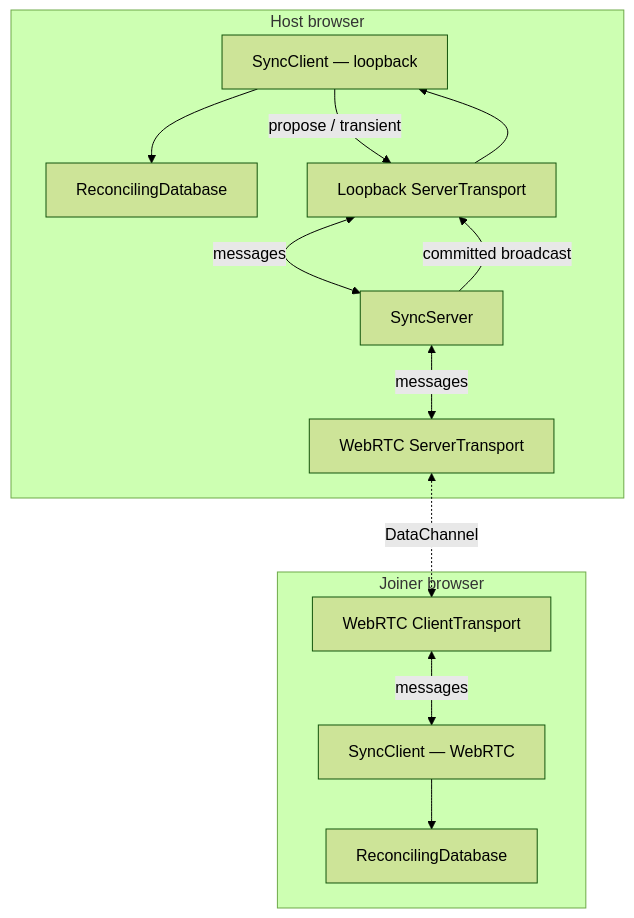
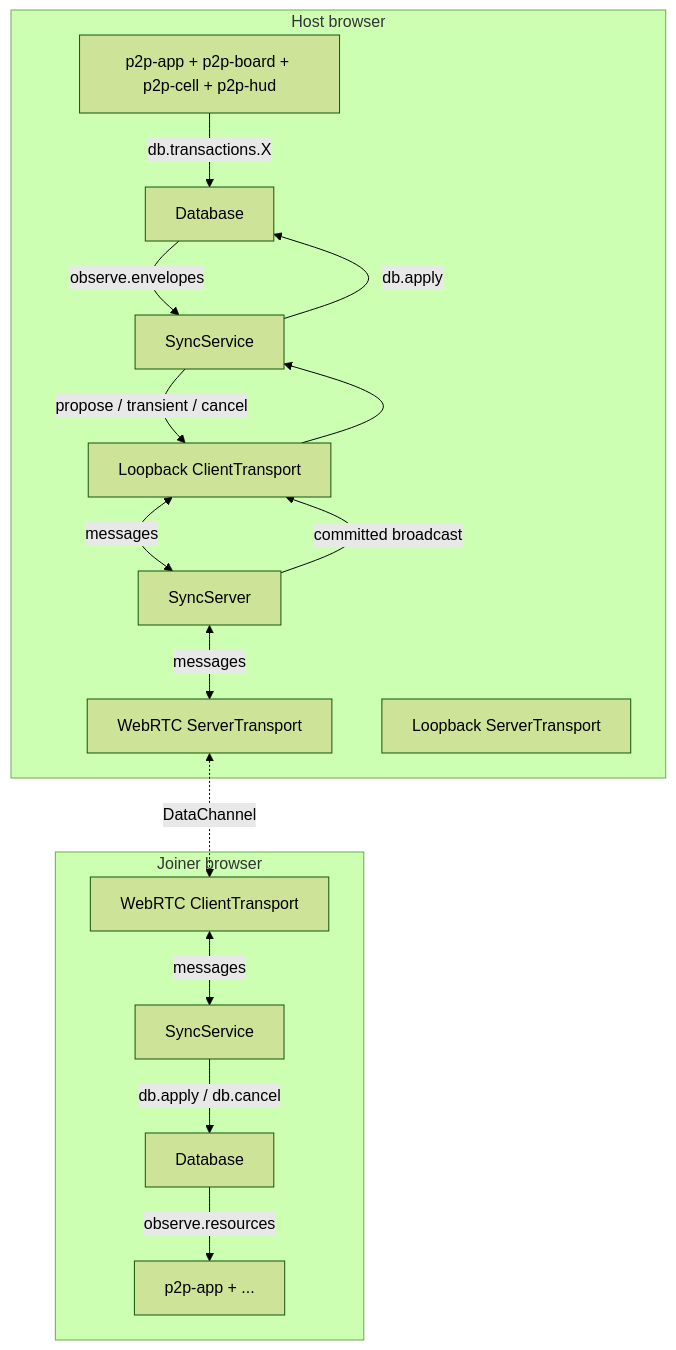
One commit to adobe/data changed the second of 5 diagrams in packages/data-p2p-tictactoe/ARCHITECTURE.md. Above: the diagram before and after it, drawn with Mermaid (forest theme). The commit also changed other lines of this file and 24 other files, not shown here.

````diff
--- a/packages/data-p2p-tictactoe/ARCHITECTURE.md
+++ b/packages/data-p2p-tictactoe/ARCHITECTURE.md
@@ -46,26 +61,32 @@
 ```mermaid
 graph TD
     subgraph "Host browser"
-        HDB[ReconcilingDatabase]
-        HSC[SyncClient — loopback]
+        HApp[p2p-app + p2p-board + p2p-cell + p2p-hud]
+        HDB[Database]
+        HSync[SyncService]
         HSrv[SyncServer]
         HWR[WebRTC ServerTransport]
         HLL[Loopback ServerTransport]
+        HSyncLB[Loopback ClientTransport]
     end
 
     subgraph "Joiner browser"
-        JDB[ReconcilingDatabase]
-        JSC[SyncClient — WebRTC]
+        JApp[p2p-app + ...]
+        JDB[Database]
+        JSync[SyncService]
         JWR[WebRTC ClientTransport]
     end
 
-    HSC -->|propose / transient| HLL
-    HLL <-->|messages| HSrv
+    HApp -->|db.transactions.X| HDB
+    HDB -->|observe.envelopes| HSync
+    HSync -->|propose / transient / cancel| HSyncLB
+    HSyncLB <-->|messages| HSrv
     HSrv <-->|messages| HWR
     HWR <-.->|DataChannel| JWR
-    JWR <-->|messages| JSC
-    JSC --> JDB
-    HSrv -->|committed broadcast| HLL
-    HLL --> HSC
-    HSC --> HDB
+    JWR <-->|messages| JSync
+    JSync -->|db.apply / db.cancel| JDB
+    JDB -->|observe.resources| JApp
+    HSrv -->|committed broadcast| HSyncLB
+    HSyncLB --> HSync
+    HSync -->|db.apply| HDB
 ```
````
